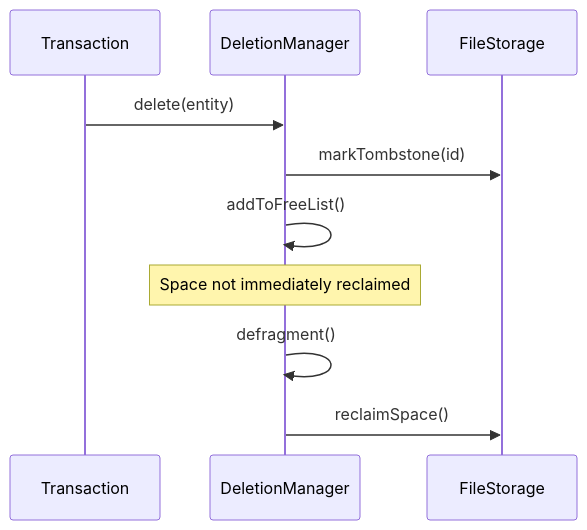
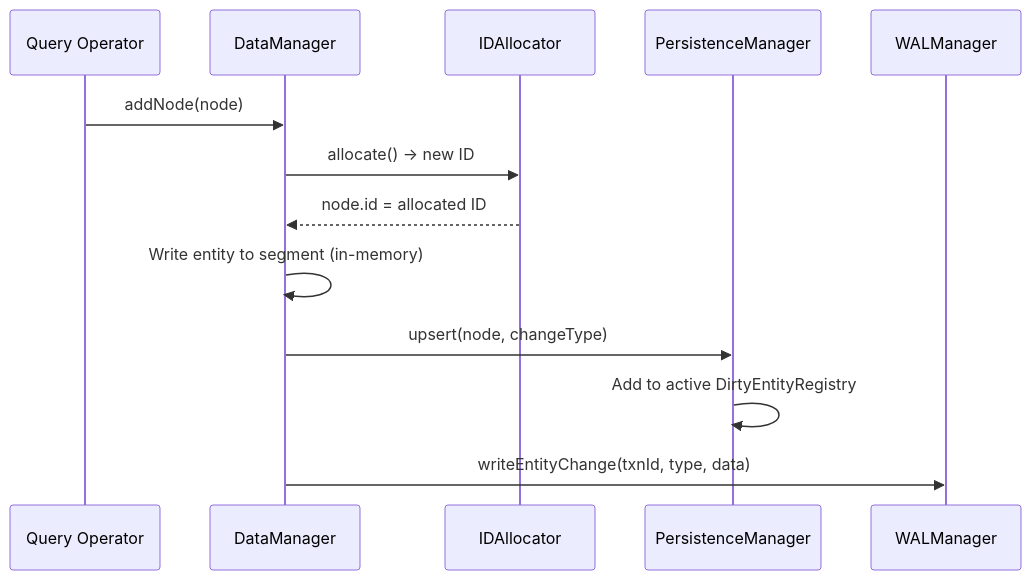
The third of 4 diagrams in docs/apps/docs/content/docs/en/zyx/architecture/storage.mdx (nexepic/zyx), drawn with Mermaid before and after one commit. The commit also changed other lines of this file and 73 other files, not shown here.

````diff
--- a/docs/apps/docs/content/docs/en/zyx/architecture/storage.mdx
+++ b/docs/apps/docs/content/docs/en/zyx/architecture/storage.mdx
@@ -308,15 +134,16 @@
 ```mermaid
 sequenceDiagram
-    participant TX as Transaction
-    participant DM as DeletionManager
-    participant FS as FileStorage
+    participant OP as Query Operator
+    participant DM as DataManager
+    participant IDA as IDAllocator
+    participant PM as PersistenceManager
+    participant WAL as WALManager
 
-    TX->>DM: delete(entity)
-    DM->>FS: markTombstone(id)
-    DM->>DM: addToFreeList()
-
-    Note over DM: Space not immediately reclaimed
-
-    DM->>DM: defragment()
-    DM->>FS: reclaimSpace()
+    OP->>DM: addNode(node)
+    DM->>IDA: allocate() → new ID
+    IDA-->>DM: node.id = allocated ID
+    DM->>DM: Write entity to segment (in-memory)
+    DM->>PM: upsert(node, changeType)
+    PM->>PM: Add to active DirtyEntityRegistry
+    DM->>WAL: writeEntityChange(txnId, type, data)
 ```
````
